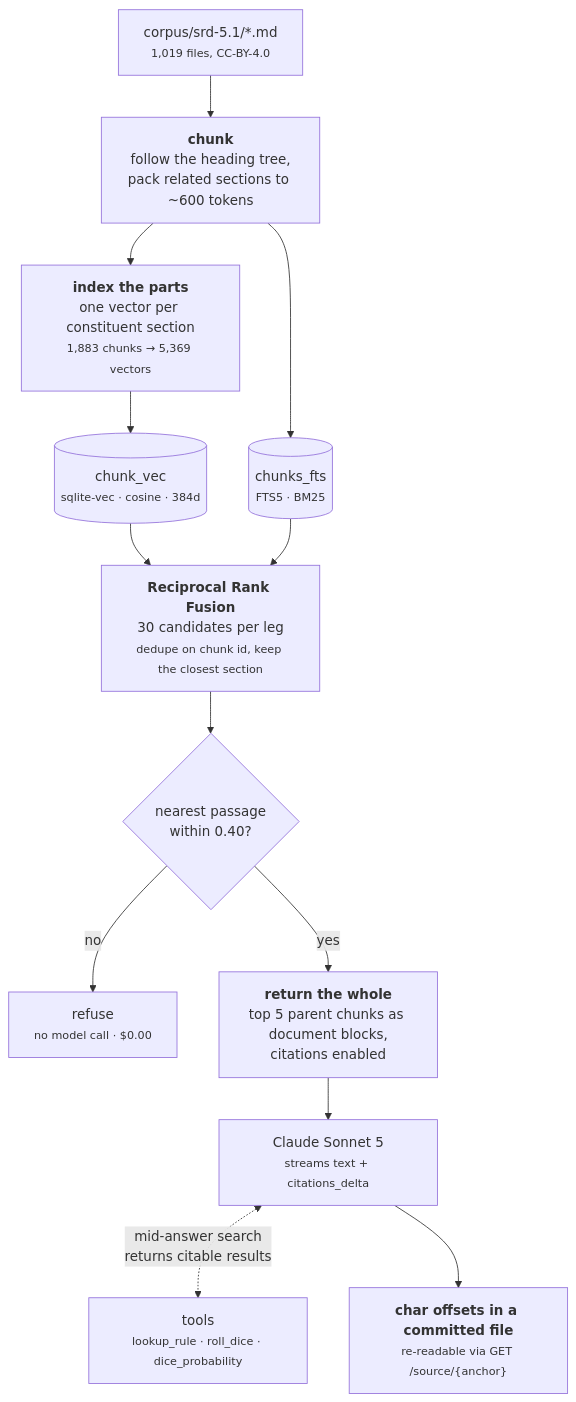
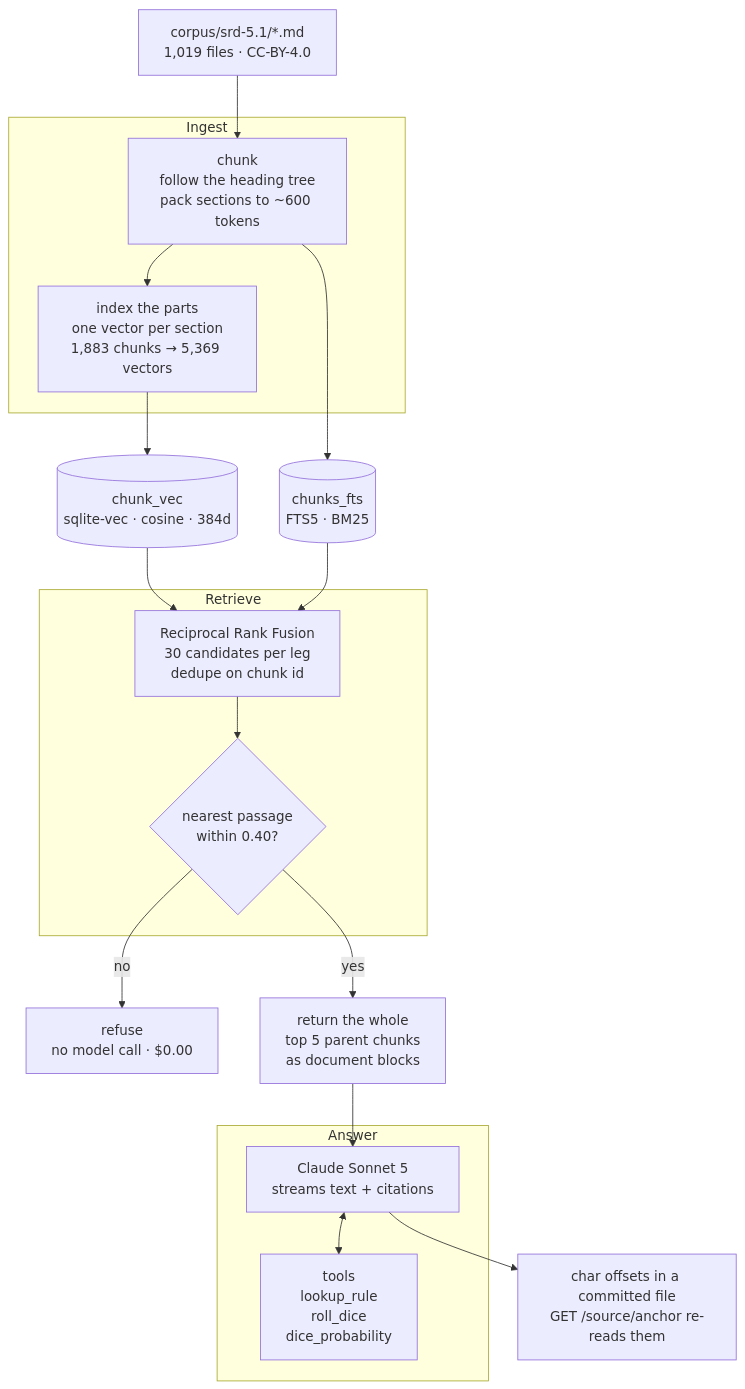
Before and after one commit to eshchar/TableOracle: the diagram in README.md, drawn with Mermaid. The commit also changed 1 other file, not shown here.

Commit message:
Fix clipped labels in the pipeline diagram
The rendered diagram was cutting text off mid-word: "*.md" showed as "*.mc",
"chunks_fts" as "chunks_ft", "BM25" as "BM2". Mermaid sizes a node from its
label, and the inline <b>/<small> tags threw that measurement off, so the boxes
came out narrower than the text they had to hold.

Labels are now plain text with <br/> only, the phases are grouped into Ingest /
Retrieve / Answer subgraphs so each label stays short, and the redundant nested
`direction` declarations are gone.

Verified by rendering rather than by eye this time: every critical string
survives (*.md, chunks_fts, BM25, 384d, 5,369, $0.00), there are no truncation
markers, and every label box is at least 60px wider than the label inside it.
Zero labels exceed their box.

Claude-Session: https://claude.ai/code/session_011nbSHeUaphMZKAGGYCJdat

````diff
--- a/README.md
+++ b/README.md
@@ -194,29 +194,40 @@
 ```mermaid
-flowchart TD
-    corpus["corpus/srd-5.1/*.md<br/><small>1,019 files, CC-BY-4.0</small>"]
-    chunk["<b>chunk</b><br/>follow the heading tree,<br/>pack related sections to ~600 tokens"]
-    parts["<b>index the parts</b><br/>one vector per constituent section<br/><small>1,883 chunks → 5,369 vectors</small>"]
+flowchart TB
+    corpus["corpus/srd-5.1/*.md<br/>1,019 files · CC-BY-4.0"]
 
-    vec[("chunk_vec<br/><small>sqlite-vec · cosine · 384d</small>")]
-    fts[("chunks_fts<br/><small>FTS5 · BM25</small>")]
+    subgraph ingest ["Ingest"]
+        chunk["chunk<br/>follow the heading tree<br/>pack sections to ~600 tokens"]
+        parts["index the parts<br/>one vector per section<br/>1,883 chunks → 5,369 vectors"]
+        chunk --> parts
+    end
 
-    fuse["<b>Reciprocal Rank Fusion</b><br/>30 candidates per leg<br/><small>dedupe on chunk id, keep the closest section</small>"]
-    gate{"nearest passage<br/>within 0.40?"}
-    refuse["refuse<br/><small>no model call · $0.00</small>"]
+    vec[("chunk_vec<br/>sqlite-vec · cosine · 384d")]
+    fts[("chunks_fts<br/>FTS5 · BM25")]
 
-    docs["<b>return the whole</b><br/>top 5 parent chunks as document blocks,<br/>citations enabled"]
-    model["Claude Sonnet 5<br/><small>streams text + citations_delta</small>"]
-    tools["tools<br/><small>lookup_rule · roll_dice · dice_probability</small>"]
-    cite["<b>char offsets in a committed file</b><br/><small>re-readable via GET /source/{anchor}</small>"]
+    subgraph retrieve ["Retrieve"]
+        fuse["Reciprocal Rank Fusion<br/>30 candidates per leg<br/>dedupe on chunk id"]
+        gate{"nearest passage<br/>within 0.40?"}
+        fuse --> gate
+    end
 
-    corpus --> chunk --> parts
+    refuse["refuse<br/>no model call · $0.00"]
+    docs["return the whole<br/>top 5 parent chunks<br/>as document blocks"]
+
+    subgraph answer ["Answer"]
+        model["Claude Sonnet 5<br/>streams text + citations"]
+        tools["tools<br/>lookup_rule<br/>roll_dice<br/>dice_probability"]
+        model <--> tools
+    end
+
+    cite["char offsets in a committed file<br/>GET /source/anchor re-reads them"]
+
+    corpus --> chunk
     parts --> vec
     chunk --> fts
     vec --> fuse
     fts --> fuse
-    fuse --> gate
     gate -- no --> refuse
-    gate -- yes --> docs --> model
-    model <-. "mid-answer search<br/>returns citable results" .-> tools
+    gate -- yes --> docs
+    docs --> model
     model --> cite
 ```
````
